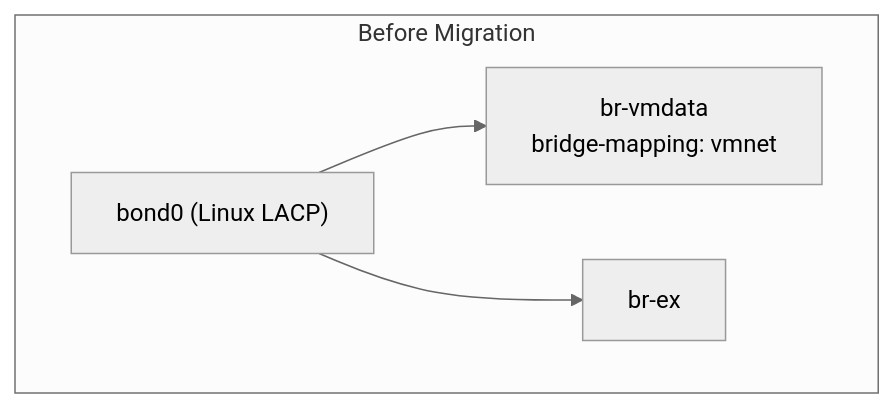
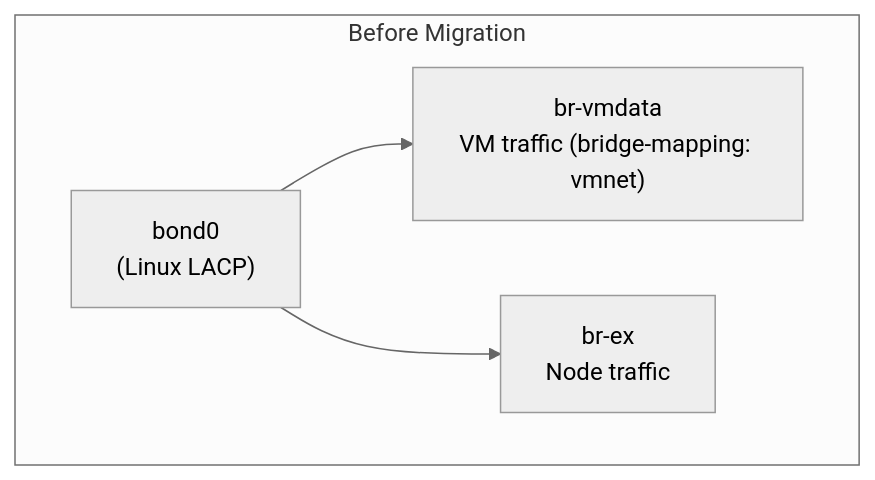
Before and after one commit to linuxelitebr/openshift-balance-slb: the fourth of 8 diagrams in hcp-balance-slb/OPENSHIFT-VIRTUALIZATION-VMNET-BALANCE-SLB.md, drawn with Mermaid (neutral theme). The commit also changed other lines of this file, not shown here.

````diff
--- a/hcp-balance-slb/OPENSHIFT-VIRTUALIZATION-VMNET-BALANCE-SLB.md
+++ b/hcp-balance-slb/OPENSHIFT-VIRTUALIZATION-VMNET-BALANCE-SLB.md
@@ -199,8 +226,9 @@
 ```mermaid
 flowchart TB
     subgraph Before["Before Migration"]
-        BOND0["bond0 (Linux LACP)"]
-        BOND0 --> BRVMDATA1["br-vmdata<br/>bridge-mapping: vmnet"]
-        BOND0 --> BREX1["br-ex"]
+        BOND0["bond0<br/>(Linux LACP)"]
+
+        BOND0 --> BRVMDATA1["br-vmdata<br/>VM traffic (bridge-mapping: vmnet)"]
+        BOND0 --> BREX1["br-ex<br/>Node traffic"]
     end
 ```
````
